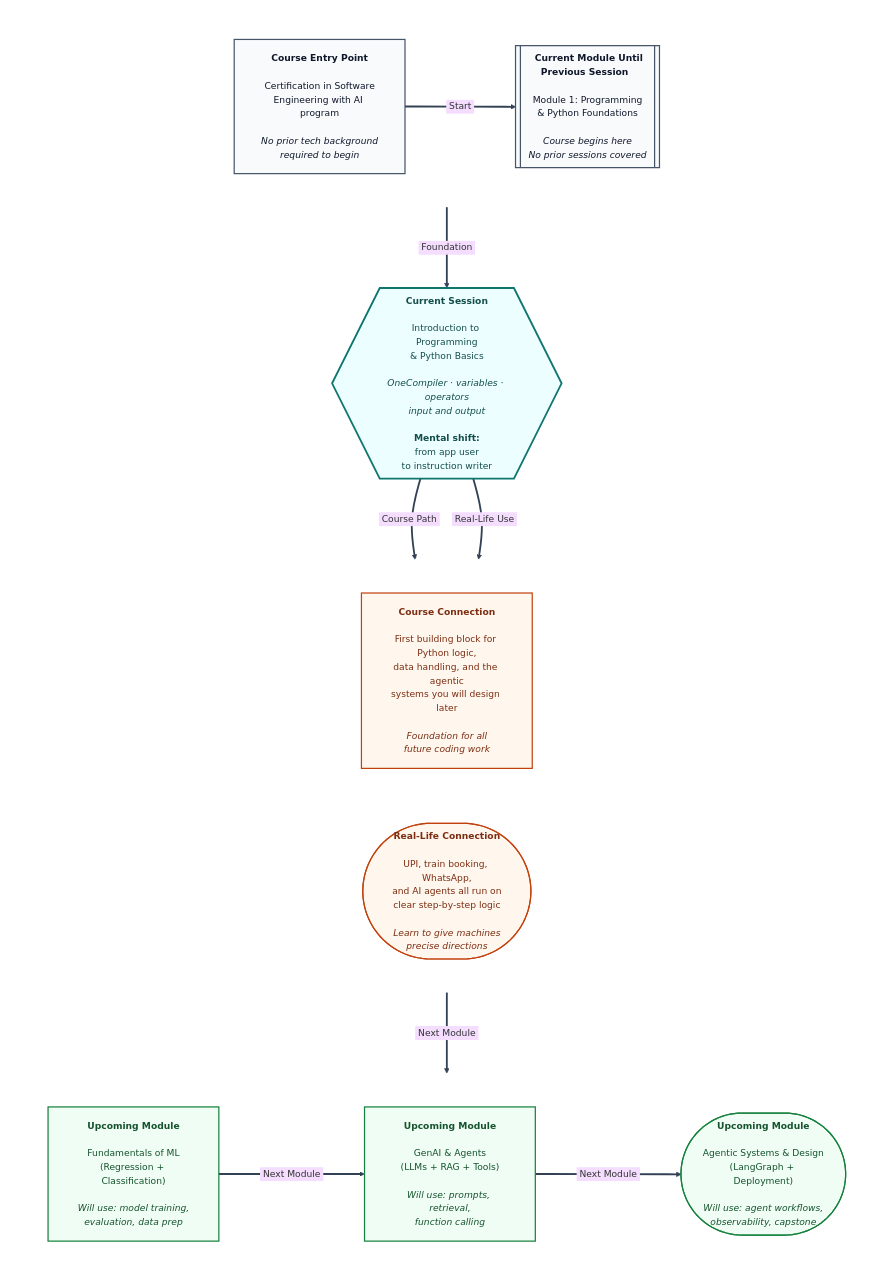
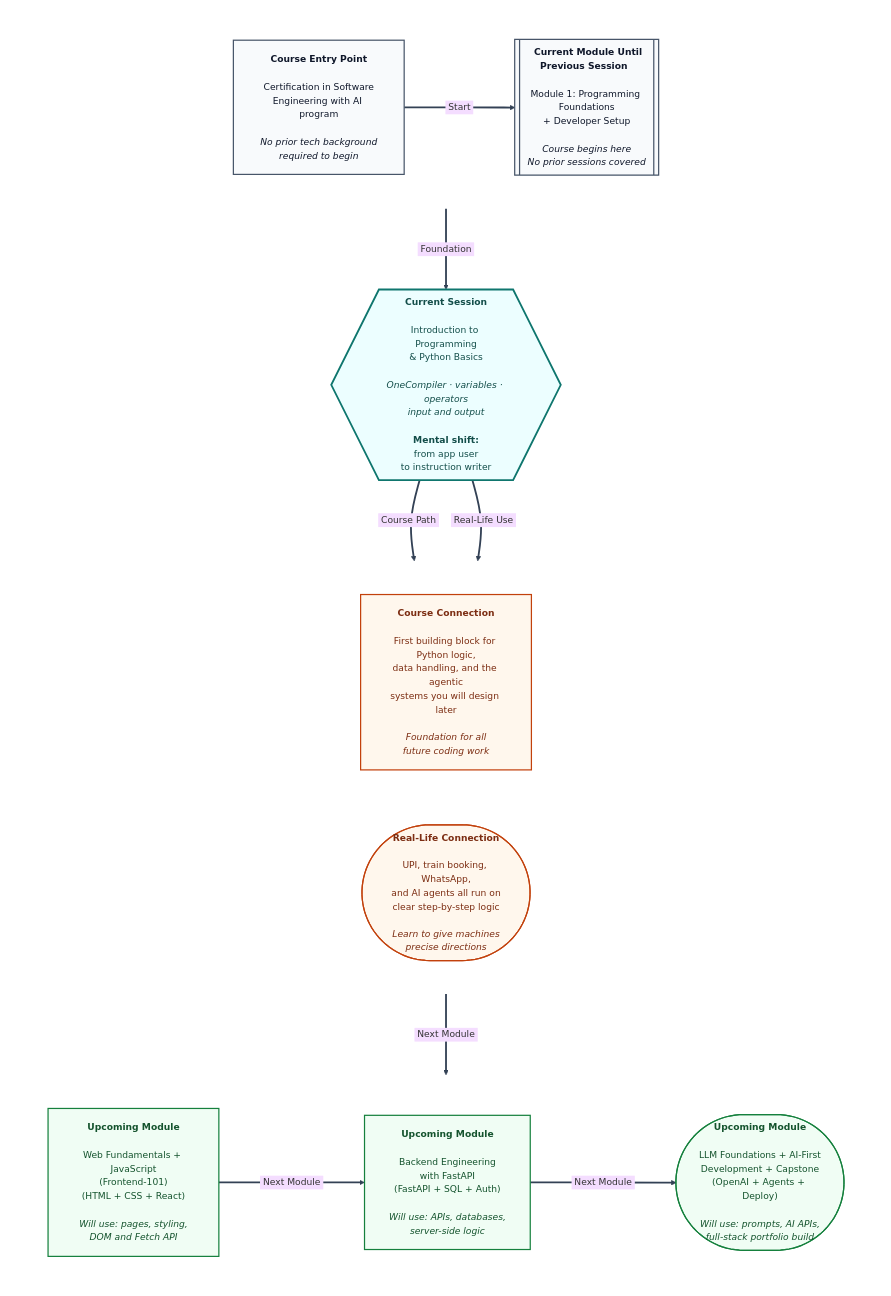
One commit to ABVenu/IIT_Sessions_Content changed the diagram in iitreict-se-2606/Module1/Session01/Mental Map.md. Above: the diagram before and after it, drawn with Mermaid. The commit also changed 4 other files, not shown here.

````diff
--- a/iitreict-se-2606/Module1/Session01/Mental Map.md
+++ b/iitreict-se-2606/Module1/Session01/Mental Map.md
@@ -1,47 +1,47 @@
 ```mermaid
 %%{init: {"diagramPadding": 24, "flowchart": {"htmlLabels": true, "nodeSpacing": 90, "rankSpacing": 110, "curve": "basis", "padding": 20}, "theme": "base", "themeVariables": {"fontFamily": "Arial", "fontSize": "15px", "lineColor": "#334155"}}}%%
 flowchart TB
     subgraph FOUNDATION[" "]
         direction LR
         ENTRY["&nbsp;&nbsp;<b>Course Entry Point</b>&nbsp;&nbsp;<br/><br/>Certification in Software<br/>Engineering with AI program<br/><br/><i>No prior tech background<br/>required to begin</i>"]
-        CM[["&nbsp;&nbsp;<b>Current Module Until Previous Session</b>&nbsp;&nbsp;<br/><br/>Module 1: Programming<br/>&amp; Python Foundations<br/><br/><i>Course begins here<br/>No prior sessions covered</i>"]]
+        CM[["&nbsp;&nbsp;<b>Current Module Until Previous Session</b>&nbsp;&nbsp;<br/><br/>Module 1: Programming Foundations<br/>+ Developer Setup<br/><br/><i>Course begins here<br/>No prior sessions covered</i>"]]
     end
 
     CURRENT{{"&nbsp;&nbsp;<b>Current Session</b>&nbsp;&nbsp;<br/><br/>Introduction to Programming<br/>&amp; Python Basics<br/><br/><i>OneCompiler · variables · operators<br/>input and output</i><br/><br/><b>Mental shift:</b><br/>from app user<br/>to instruction writer"}}
 
     subgraph VALUE[" "]
         direction LR
         COURSE["&nbsp;&nbsp;<b>Course Connection</b>&nbsp;&nbsp;<br/><br/>First building block for Python logic,<br/>data handling, and the agentic<br/>systems you will design later<br/><br/><i>Foundation for all<br/>future coding work</i>"]
         REAL(["&nbsp;&nbsp;<b>Real-Life Connection</b>&nbsp;&nbsp;<br/><br/>UPI, train booking, WhatsApp,<br/>and AI agents all run on<br/>clear step-by-step logic<br/><br/><i>Learn to give machines<br/>precise directions</i>"])
     end
 
     subgraph FUTURE[" "]
         direction LR
-        M2["&nbsp;&nbsp;<b>Upcoming Module</b>&nbsp;&nbsp;<br/><br/>Fundamentals of ML<br/>(Regression + Classification)<br/><br/><i>Will use: model training,<br/>evaluation, data prep</i>"]
-        M3["&nbsp;&nbsp;<b>Upcoming Module</b>&nbsp;&nbsp;<br/><br/>GenAI &amp; Agents<br/>(LLMs + RAG + Tools)<br/><br/><i>Will use: prompts, retrieval,<br/>function calling</i>"]
-        M4(["&nbsp;&nbsp;<b>Upcoming Module</b>&nbsp;&nbsp;<br/><br/>Agentic Systems &amp; Design<br/>(LangGraph + Deployment)<br/><br/><i>Will use: agent workflows,<br/>observability, capstone</i>"])
+        M2["&nbsp;&nbsp;<b>Upcoming Module</b>&nbsp;&nbsp;<br/><br/>Web Fundamentals + JavaScript<br/>(Frontend-101)<br/>(HTML + CSS + React)<br/><br/><i>Will use: pages, styling,<br/>DOM and Fetch API</i>"]
+        M3["&nbsp;&nbsp;<b>Upcoming Module</b>&nbsp;&nbsp;<br/><br/>Backend Engineering<br/>with FastAPI<br/>(FastAPI + SQL + Auth)<br/><br/><i>Will use: APIs, databases,<br/>server-side logic</i>"]
+        M4(["&nbsp;&nbsp;<b>Upcoming Module</b>&nbsp;&nbsp;<br/><br/>LLM Foundations + AI-First<br/>Development + Capstone<br/>(OpenAI + Agents + Deploy)<br/><br/><i>Will use: prompts, AI APIs,<br/>full-stack portfolio build</i>"])
     end
 
     ENTRY ==>|&nbsp;Start&nbsp;| CM
     CM ==>|&nbsp;Foundation&nbsp;| CURRENT
     CURRENT ==>|&nbsp;Course Path&nbsp;| COURSE
     CURRENT ==>|&nbsp;Real-Life Use&nbsp;| REAL
     COURSE ==>|&nbsp;Next Module&nbsp;| M2
     M2 ==>|&nbsp;Next Module&nbsp;| M3
     M3 ==>|&nbsp;Next Module&nbsp;| M4
 
     classDef previous fill:#f8fafc,stroke:#475569,stroke-width:2px,color:#0f172a
     classDef current fill:#ecfeff,stroke:#0f766e,stroke-width:3px,color:#134e4a
     classDef value fill:#fff7ed,stroke:#c2410c,stroke-width:2px,color:#7c2d12
     classDef future fill:#f0fdf4,stroke:#15803d,stroke-width:2px,color:#14532d
 
     class ENTRY,CM previous
     class CURRENT current
     class COURSE,REAL value
     class M2,M3,M4 future
 
     style FOUNDATION fill:transparent,stroke:transparent
     style VALUE fill:transparent,stroke:transparent
     style FUTURE fill:transparent,stroke:transparent
     linkStyle default stroke:#334155,stroke-width:3px
 ```
````
